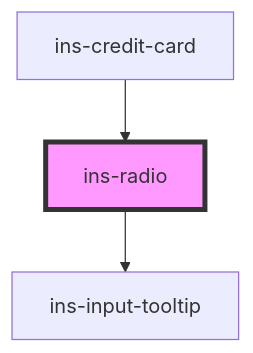
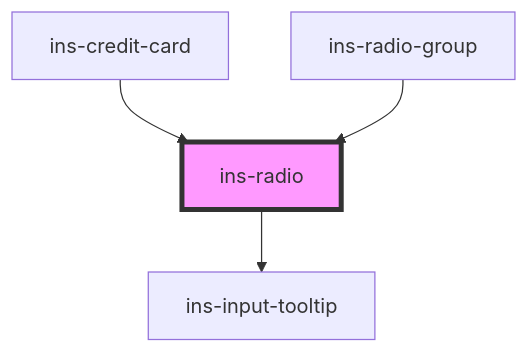
Before and after one commit to insites-io/insites-components-v2: the diagram in components/src/components/ins-radio/readme.md, drawn with Mermaid. The commit also changed other lines of this file and 241 other files, not shown here.

````diff
--- a/components/src/components/ins-radio/readme.md
+++ b/components/src/components/ins-radio/readme.md
@@ -82,6 +85,7 @@
 ```mermaid
 graph TD;
   ins-radio --> ins-input-tooltip
   ins-credit-card --> ins-radio
+  ins-radio-group --> ins-radio
   style ins-radio fill:#f9f,stroke:#333,stroke-width:4px
 ```
````
